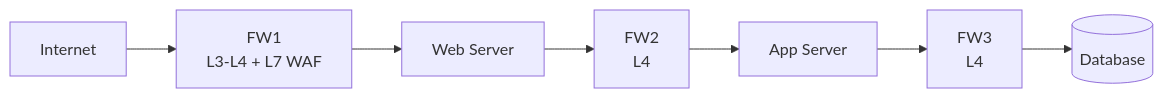
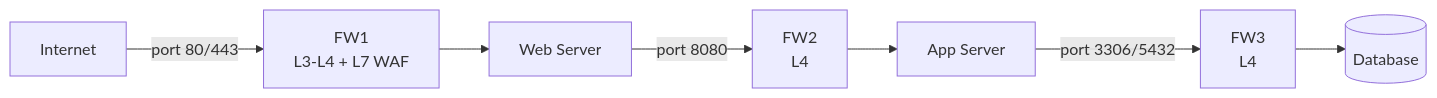
The eighth of 14 diagrams in networking/firewall.md (aderamdani/netsat), drawn with Mermaid before and after one commit. The commit also changed other lines of this file and 49 other files, not shown here.

First line of the commit message:
fix: pisahkan pertanyaan/jawaban spoiler Cek pemahaman; style: konversi sisa ASCII/output CLI ke tabel-diagram; chore: tooling konsistensi & typecheck

````diff
--- a/networking/firewall.md
+++ b/networking/firewall.md
@@ -424,6 +424,6 @@
 ```mermaid
 flowchart LR
-    I[Internet] --> FW1["FW1<br/>L3-L4 + L7 WAF"] --> W[Web Server]
-    W --> FW2["FW2<br/>L4"] --> A[App Server]
-    A --> FW3["FW3<br/>L4"] --> D[(Database)]
+    I[Internet] -- "port 80/443" --> FW1["FW1<br/>L3-L4 + L7 WAF"] --> W[Web Server]
+    W -- "port 8080" --> FW2["FW2<br/>L4"] --> A[App Server]
+    A -- "port 3306/5432" --> FW3["FW3<br/>L4"] --> D[(Database)]
 ```
````
